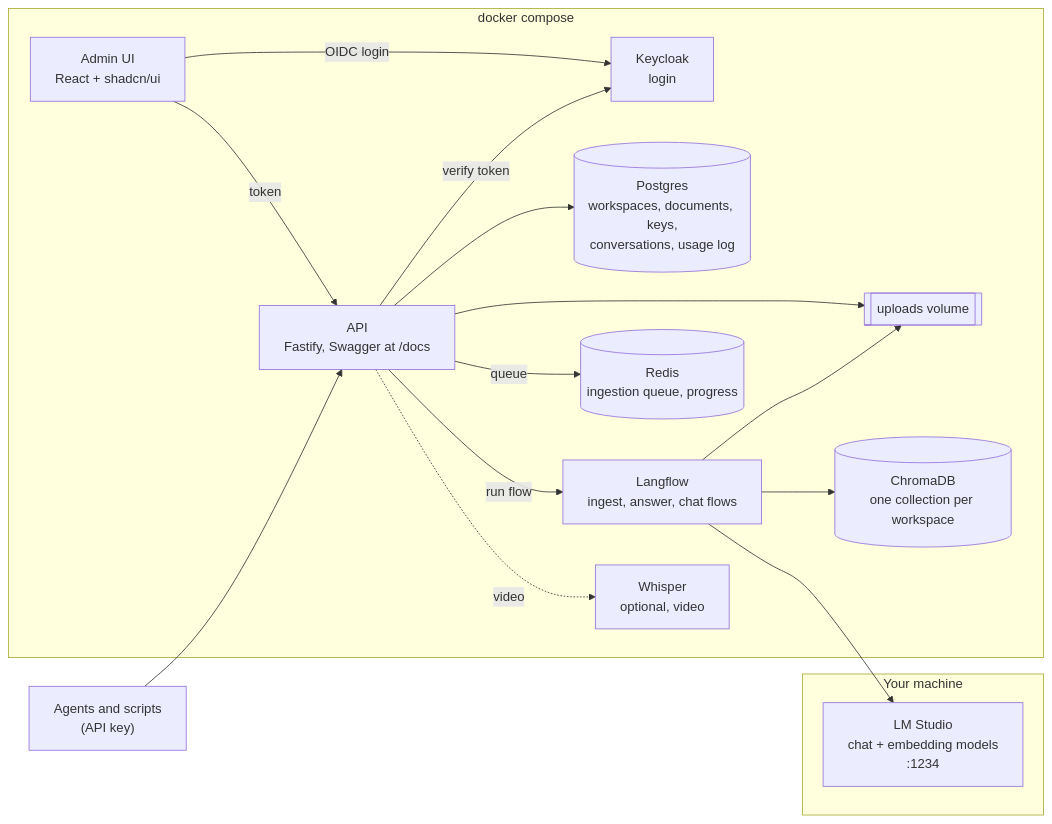
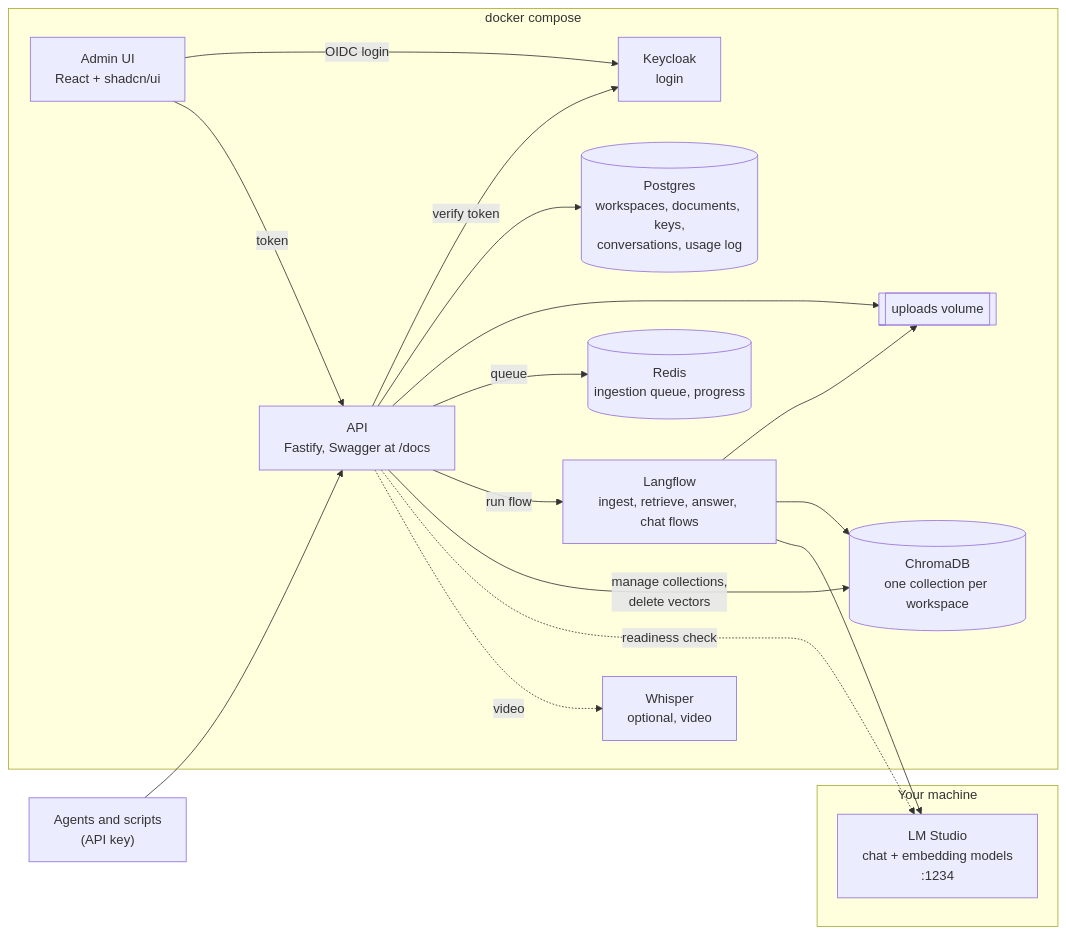
One commit to g-terra/rag-workspaces changed the first of 2 diagrams in docs/architecture.md. Above: the diagram before and after it, drawn with Mermaid. The commit also changed other lines of this file and 3 other files, not shown here.

First line of the commit message:
docs: plan review - flow contract, failure handling, trust boundaries, earlier hand-in

````diff
--- a/docs/architecture.md
+++ b/docs/architecture.md
@@ -21,29 +22,31 @@
 ```mermaid
 flowchart LR
   subgraph host["Your machine"]
     LMS["LM Studio<br/>chat + embedding models<br/>:1234"]
   end
   subgraph compose["docker compose"]
     KC["Keycloak<br/>login"]
     WEB["Admin UI<br/>React + shadcn/ui"]
     API["API<br/>Fastify, Swagger at /docs"]
-    LF["Langflow<br/>ingest, answer, chat flows"]
+    LF["Langflow<br/>ingest, retrieve, answer, chat flows"]
     CH[("ChromaDB<br/>one collection per workspace")]
     PG[("Postgres<br/>workspaces, documents, keys,<br/>conversations, usage log")]
     RD[("Redis<br/>ingestion queue, progress")]
     WH["Whisper<br/>optional, video"]
     VOL[["uploads volume"]]
   end
   AG["Agents and scripts<br/>(API key)"] --> API
   WEB -- OIDC login --> KC
   WEB -- token --> API
   API -- verify token --> KC
   API --> PG
   API --> VOL
   API -- queue --> RD
   API -- run flow --> LF
+  API -- manage collections,<br/>delete vectors --> CH
+  API -. readiness check .-> LMS
   LF --> VOL
   LF --> CH
   LF --> LMS
   API -. video .-> WH
 ```
````
